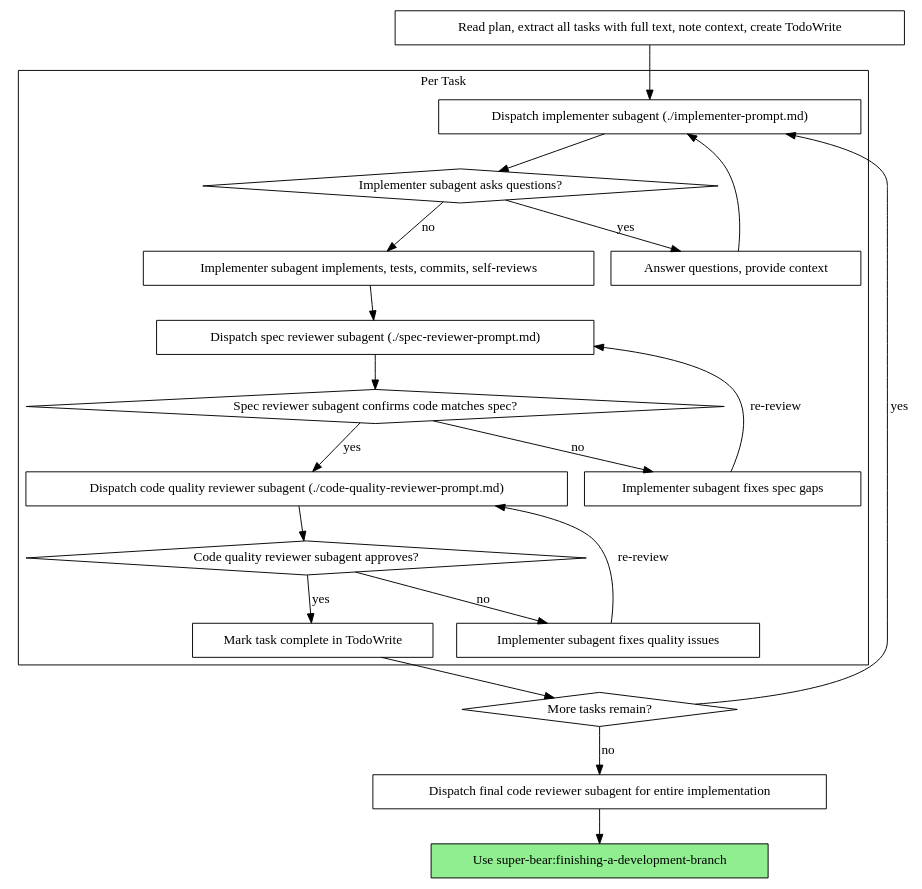
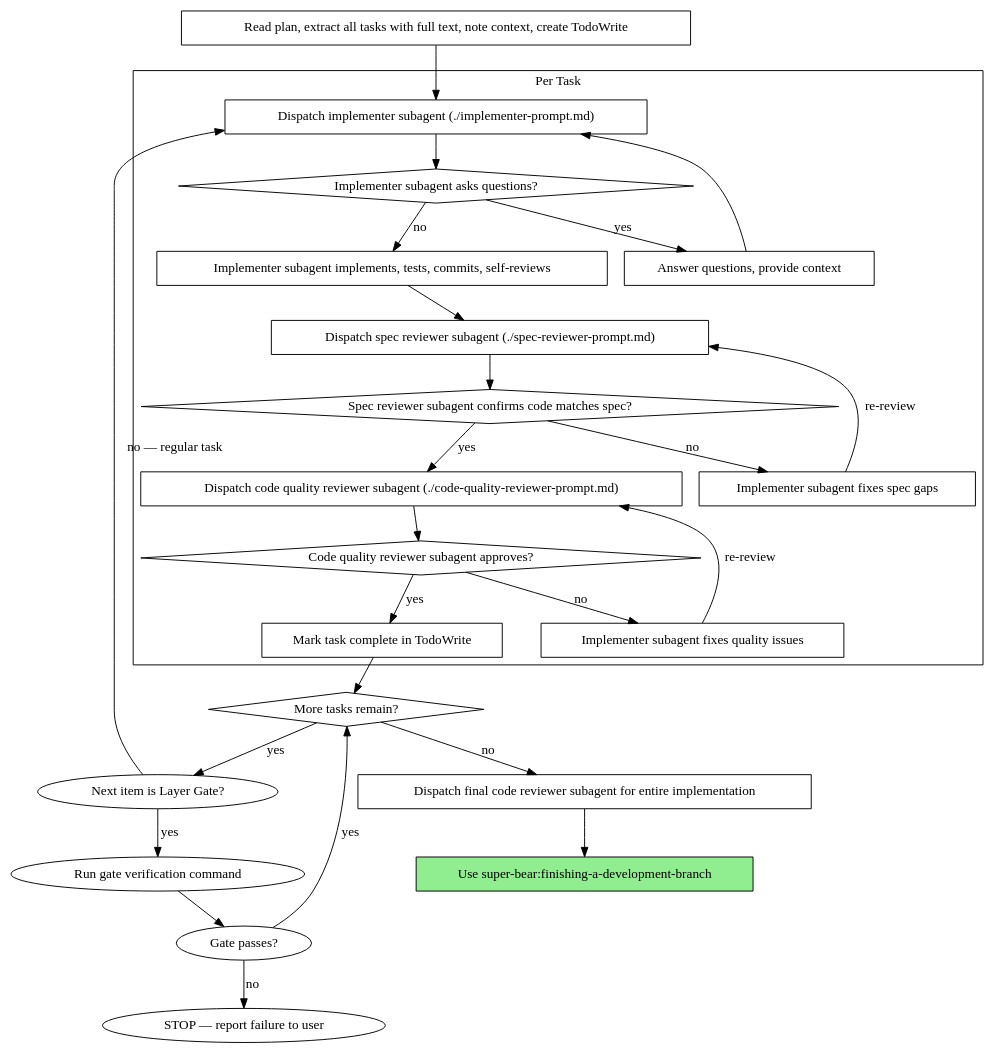
Before and after one commit to khangle95/superpowers-fork: the second of 2 diagrams in skills/subagent-driven-development/SKILL.md, drawn with Graphviz. The commit also changed other lines of this file and 2 other files, not shown here.

First line of the commit message:
feat: add task ordering rules, dependency annotations, and layer gates

````diff
--- a/skills/subagent-driven-development/SKILL.md
+++ b/skills/subagent-driven-development/SKILL.md
@@ -40,44 +40,49 @@
 ```dot
 digraph process {
     rankdir=TB;
 
     subgraph cluster_per_task {
         label="Per Task";
         "Dispatch implementer subagent (./implementer-prompt.md)" [shape=box];
         "Implementer subagent asks questions?" [shape=diamond];
         "Answer questions, provide context" [shape=box];
         "Implementer subagent implements, tests, commits, self-reviews" [shape=box];
         "Dispatch spec reviewer subagent (./spec-reviewer-prompt.md)" [shape=box];
         "Spec reviewer subagent confirms code matches spec?" [shape=diamond];
         "Implementer subagent fixes spec gaps" [shape=box];
         "Dispatch code quality reviewer subagent (./code-quality-reviewer-prompt.md)" [shape=box];
         "Code quality reviewer subagent approves?" [shape=diamond];
         "Implementer subagent fixes quality issues" [shape=box];
         "Mark task complete in TodoWrite" [shape=box];
     }
 
     "Read plan, extract all tasks with full text, note context, create TodoWrite" [shape=box];
     "More tasks remain?" [shape=diamond];
     "Dispatch final code reviewer subagent for entire implementation" [shape=box];
     "Use super-bear:finishing-a-development-branch" [shape=box style=filled fillcolor=lightgreen];
 
     "Read plan, extract all tasks with full text, note context, create TodoWrite" -> "Dispatch implementer subagent (./implementer-prompt.md)";
     "Dispatch implementer subagent (./implementer-prompt.md)" -> "Implementer subagent asks questions?";
     "Implementer subagent asks questions?" -> "Answer questions, provide context" [label="yes"];
     "Answer questions, provide context" -> "Dispatch implementer subagent (./implementer-prompt.md)";
     "Implementer subagent asks questions?" -> "Implementer subagent implements, tests, commits, self-reviews" [label="no"];
     "Implementer subagent implements, tests, commits, self-reviews" -> "Dispatch spec reviewer subagent (./spec-reviewer-prompt.md)";
     "Dispatch spec reviewer subagent (./spec-reviewer-prompt.md)" -> "Spec reviewer subagent confirms code matches spec?";
     "Spec reviewer subagent confirms code matches spec?" -> "Implementer subagent fixes spec gaps" [label="no"];
     "Implementer subagent fixes spec gaps" -> "Dispatch spec reviewer subagent (./spec-reviewer-prompt.md)" [label="re-review"];
     "Spec reviewer subagent confirms code matches spec?" -> "Dispatch code quality reviewer subagent (./code-quality-reviewer-prompt.md)" [label="yes"];
     "Dispatch code quality reviewer subagent (./code-quality-reviewer-prompt.md)" -> "Code quality reviewer subagent approves?";
     "Code quality reviewer subagent approves?" -> "Implementer subagent fixes quality issues" [label="no"];
     "Implementer subagent fixes quality issues" -> "Dispatch code quality reviewer subagent (./code-quality-reviewer-prompt.md)" [label="re-review"];
     "Code quality reviewer subagent approves?" -> "Mark task complete in TodoWrite" [label="yes"];
     "Mark task complete in TodoWrite" -> "More tasks remain?";
-    "More tasks remain?" -> "Dispatch implementer subagent (./implementer-prompt.md)" [label="yes"];
+    "More tasks remain?" -> "Next item is Layer Gate?" [label="yes"];
+    "Next item is Layer Gate?" -> "Run gate verification command" [label="yes"];
+    "Run gate verification command" -> "Gate passes?" [shape=diamond];
+    "Gate passes?" -> "More tasks remain?" [label="yes"];
+    "Gate passes?" -> "STOP — report failure to user" [label="no"];
+    "Next item is Layer Gate?" -> "Dispatch implementer subagent (./implementer-prompt.md)" [label="no — regular task"];
     "More tasks remain?" -> "Dispatch final code reviewer subagent for entire implementation" [label="no"];
     "Dispatch final code reviewer subagent for entire implementation" -> "Use super-bear:finishing-a-development-branch";
 }
 ```
````
